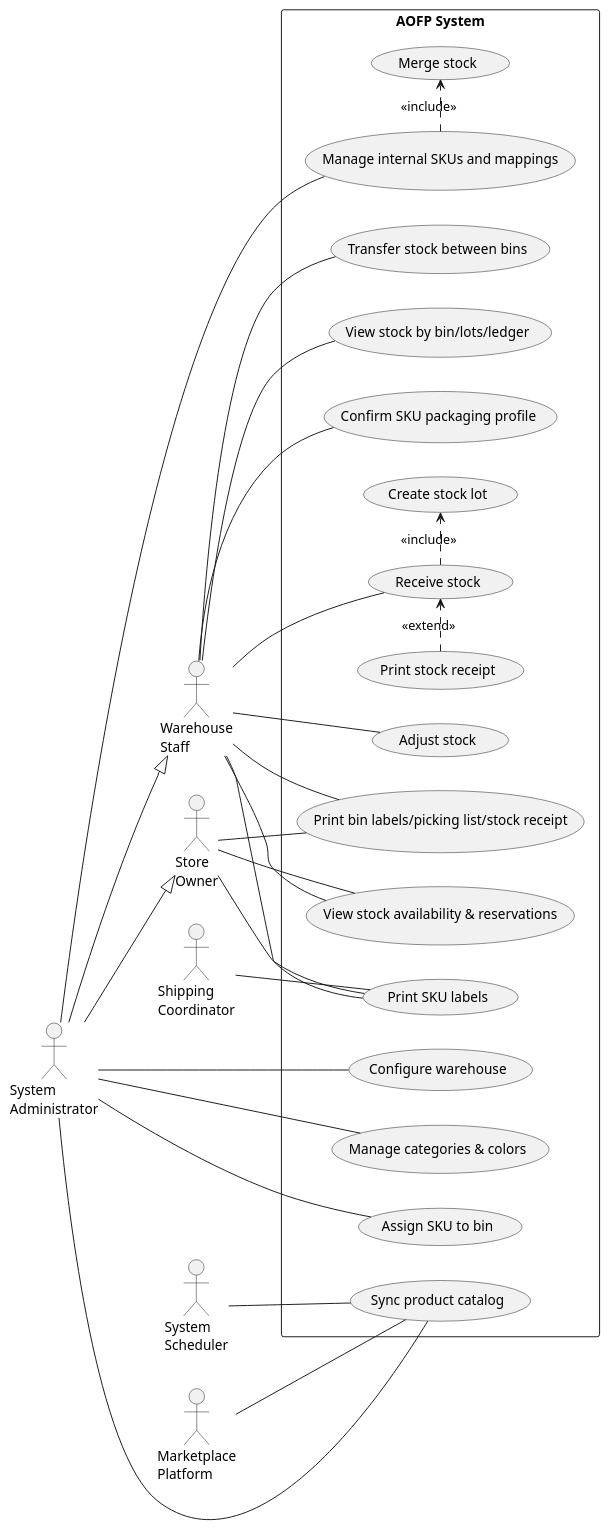
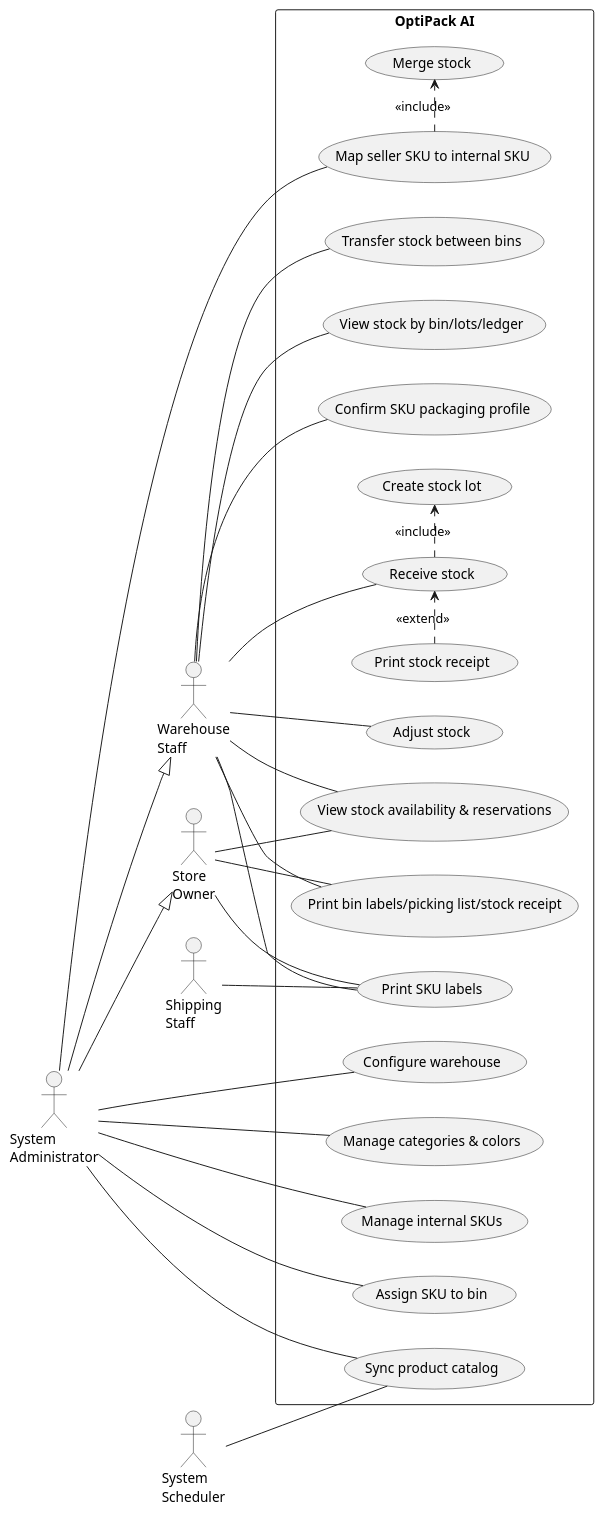
Before and after one commit to ThuaanNguyeen111/OptiPackAI: the diagram in docs/diagrams/usecase/UC-P3_warehouse_inventory.puml, drawn with PlantUML. The commit also changed 7 other files, not shown here.

Commit message:
fix(AOFP-53): use case diagrams

```diff
--- a/docs/diagrams/usecase/UC-P3_warehouse_inventory.puml
+++ b/docs/diagrams/usecase/UC-P3_warehouse_inventory.puml
@@ -1,72 +1,72 @@
 @startuml UC20-25_Inventory_And_Warehouse
 left to right direction
 skinparam packageStyle rectangle
 
 actor "System\nAdministrator" as Admin
 actor "System\nScheduler" as Scheduler
-actor "Marketplace\nPlatform" as Marketplace
 actor "Warehouse\nStaff" as Warehouse
-actor "Shipping\nCoordinator" as Shipping
+actor "Shipping\nStaff" as Shipping
 actor "Store\nOwner" as Owner
 
-rectangle "AOFP System" {
+rectangle "OptiPack AI" {
   usecase "Configure warehouse" as UC_ConfigWh
   usecase "Manage categories & colors" as UC_Categories
-  usecase "Manage internal SKUs and mappings" as UC_SKUs
+  usecase "Manage internal SKUs" as UC_SKUs
+  usecase "Map seller SKU to internal SKU" as UC_MapSKU
   usecase "Merge stock" as UC_MergeStock
   usecase "Assign SKU to bin" as UC_AssignBin
   usecase "Sync product catalog" as UC_SyncCatalog
 
   usecase "Receive stock" as UC_Receive
   usecase "Create stock lot" as UC_CreateLot
   usecase "Print stock receipt" as UC_PrintReceipt
   usecase "Adjust stock" as UC_Adjust
   usecase "Transfer stock between bins" as UC_Transfer
   usecase "View stock by bin/lots/ledger" as UC_ViewLedger
   usecase "View stock availability & reservations" as UC_ViewAvail
   usecase "Confirm SKU packaging profile" as UC_ConfirmPkg
   usecase "Print SKU labels" as UC_PrintSKU
   usecase "Print bin labels/picking list/stock receipt" as UC_PrintBin
 }
 
 ' --- Generalization: Admin kế thừa Warehouse Staff và Store Owner ---
 Admin --|> Warehouse
 Admin --|> Owner
 
 ' --- System Administrator ---
 Admin -- UC_ConfigWh
 Admin -- UC_Categories
 Admin -- UC_SKUs
+Admin -- UC_MapSKU
 Admin -- UC_AssignBin
 Admin -- UC_SyncCatalog
 
-' --- System Scheduler & Marketplace Platform ---
+' --- System Scheduler ---
 Scheduler -- UC_SyncCatalog
-Marketplace -- UC_SyncCatalog
 
 ' --- Warehouse Staff ---
 Warehouse -- UC_Receive
 Warehouse -- UC_Adjust
 Warehouse -- UC_Transfer
 Warehouse -- UC_ViewLedger
 Warehouse -- UC_ViewAvail
 Warehouse -- UC_ConfirmPkg
 Warehouse -- UC_PrintSKU
 Warehouse -- UC_PrintBin
 
-' --- Shipping Coordinator ---
+' --- Shipping Staff ---
 Shipping -- UC_PrintSKU
 
 ' --- Store Owner ---
 Owner -- UC_PrintSKU
 Owner -- UC_PrintBin
 Owner -- UC_ViewAvail
 
 ' --- Include ---
 UC_Receive .> UC_CreateLot : <<include>>
-UC_SKUs .> UC_MergeStock : <<include>>
+UC_MapSKU .> UC_MergeStock : <<include>>
 
 ' --- Extend ---
 UC_PrintReceipt .> UC_Receive : <<extend>>
 
 @enduml
```
